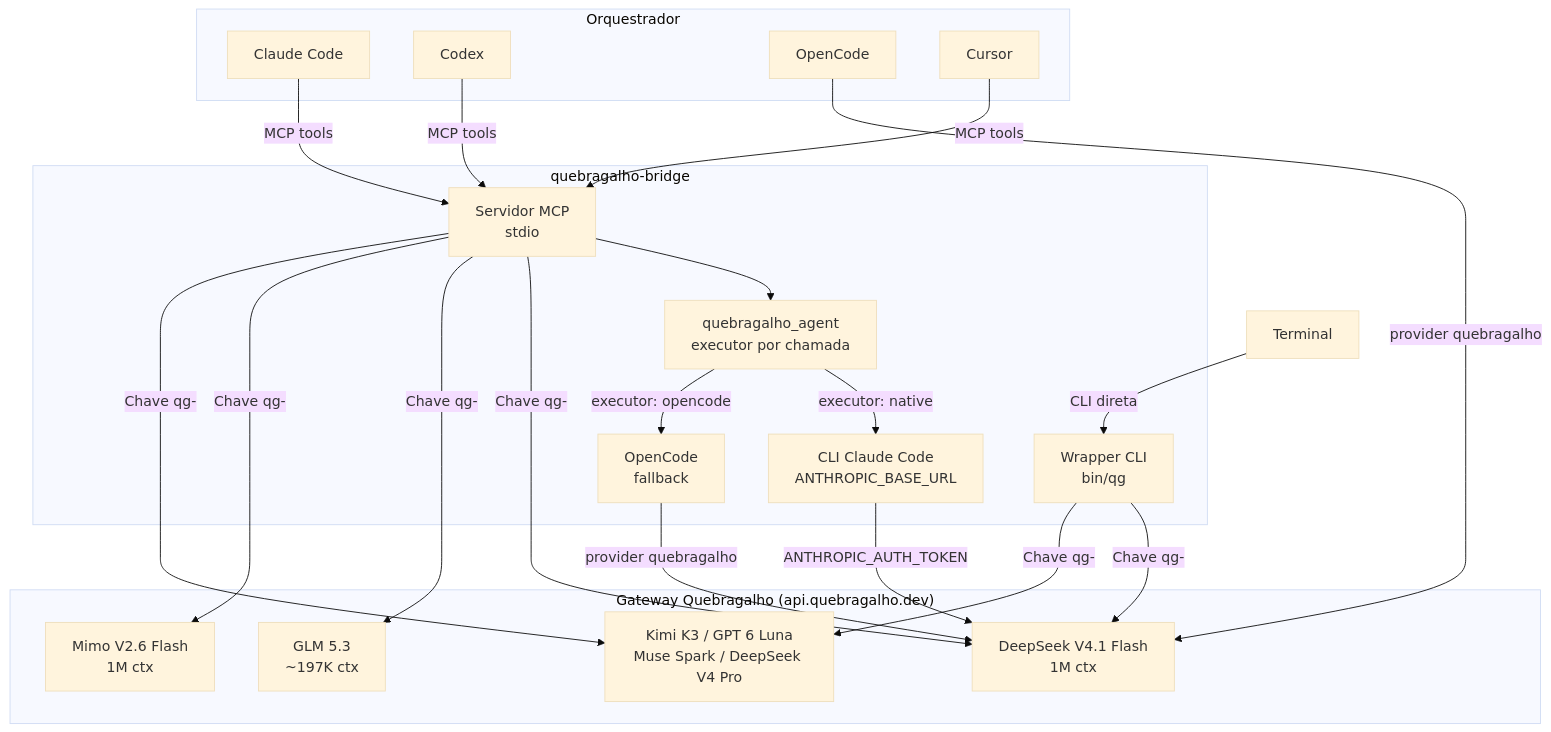
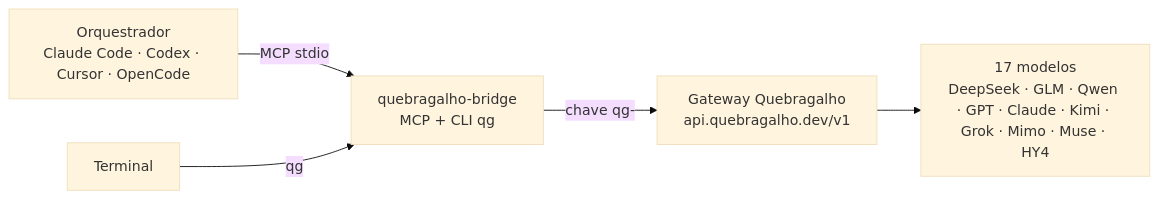
One commit to danjour/quebragalho-bridge changed the first of 2 diagrams in README.md. Above: the diagram before and after it, drawn with Mermaid (base theme). The commit also changed other lines of this file and 5 other files, not shown here.

First line of the commit message:
feat: catalogo real com os 17 modelos do gateway + README simplificado

````diff
--- a/README.md
+++ b/README.md
@@ -34,42 +34,7 @@
 ```mermaid
-graph TB
-    subgraph "Orquestrador"
-        CLAUDE[Claude Code]
-        CODEX[Codex]
-        OPENCODE[OpenCode]
-        CURSOR[Cursor]
-    end
-
-    subgraph "quebragalho-bridge"
-        MCP[Servidor MCP<br/>stdio]
-        CLI[Wrapper CLI<br/>bin/qg]
-        AGENT[quebragalho_agent<br/>executor por chamada]
-        NATIVE[CLI Claude Code<br/>ANTHROPIC_BASE_URL]
-        HARNESS[OpenCode<br/>fallback]
-    end
-
-    subgraph "Gateway Quebragalho (api.quebragalho.dev)"
-        DS[DeepSeek V4.1 Flash<br/>1M ctx]
-        GLM[GLM 5.3<br/>~197K ctx]
-        MIMO[Mimo V2.6 Flash<br/>1M ctx]
-        OUTROS[Kimi K3 / GPT 6 Luna<br/>Muse Spark / DeepSeek V4 Pro]
-    end
-
-    CLAUDE -->|MCP tools| MCP
-    CODEX -->|MCP tools| MCP
-    CURSOR -->|MCP tools| MCP
-    Terminal -->|CLI direta| CLI
-
-    MCP --> AGENT
-    AGENT -->|executor: native| NATIVE
-    AGENT -->|executor: opencode| HARNESS
-    NATIVE -->|ANTHROPIC_AUTH_TOKEN| DS
-    HARNESS -->|provider quebragalho| DS
-    OPENCODE -->|provider quebragalho| DS
-    MCP -->|Chave qg-| DS
-    MCP -->|Chave qg-| GLM
-    MCP -->|Chave qg-| MIMO
-    MCP -->|Chave qg-| OUTROS
-    CLI -->|Chave qg-| DS
-    CLI -->|Chave qg-| OUTROS
+graph LR
+    O["Orquestrador<br/>Claude Code · Codex · Cursor · OpenCode"] -->|MCP stdio| B["quebragalho-bridge<br/>MCP + CLI qg"]
+    T["Terminal"] -->|qg| B
+    B -->|chave qg-| G["Gateway Quebragalho<br/>api.quebragalho.dev/v1"]
+    G --> M["17 modelos<br/>DeepSeek · GLM · Qwen · GPT · Claude · Kimi · Grok · Mimo · Muse · HY4"]
 ```
````
